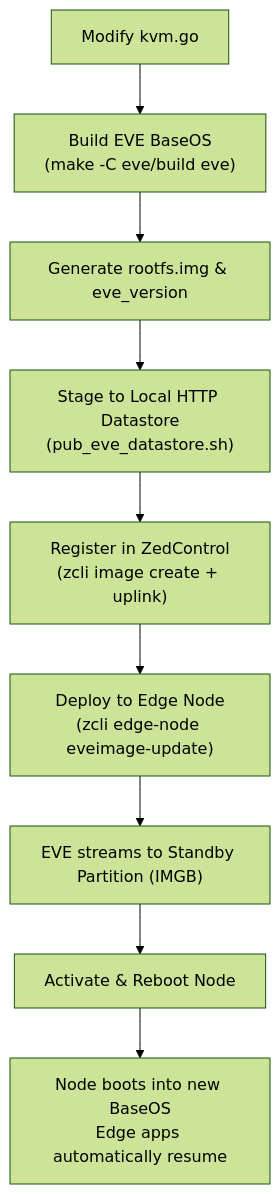
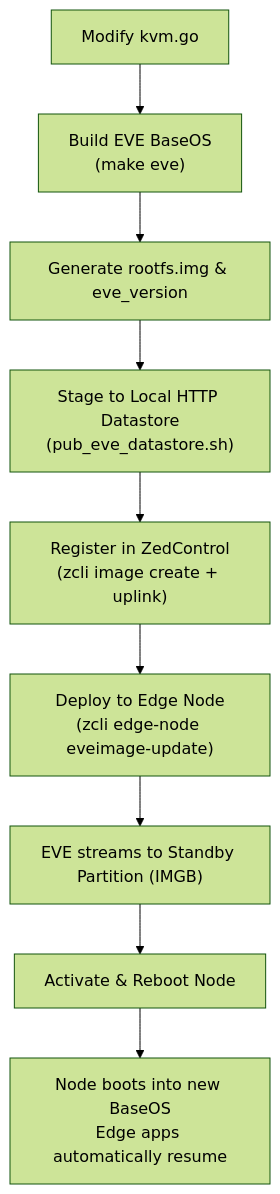
The diagram in doc/Native-ivshmem-Support-in-EVE-BaseOS.md (cchiou-amba/amba-virt), drawn with Mermaid (forest theme) before and after one commit. The commit also changed other lines of this file and 50 other files, not shown here.

````diff
--- a/doc/Native-ivshmem-Support-in-EVE-BaseOS.md
+++ b/doc/Native-ivshmem-Support-in-EVE-BaseOS.md
@@ -198,11 +198,11 @@
 ```mermaid
 graph TD
-    A["Modify kvm.go"] --> B["Build EVE BaseOS<br/>(make -C eve/build eve)"]
+    A["Modify kvm.go"] --> B["Build EVE BaseOS<br/>(make eve)"]
     B --> C["Generate rootfs.img & eve_version"]
     C --> D["Stage to Local HTTP Datastore<br/>(pub_eve_datastore.sh)"]
     D --> E["Register in ZedControl<br/>(zcli image create + uplink)"]
     E --> F["Deploy to Edge Node<br/>(zcli edge-node eveimage-update)"]
     F --> G["EVE streams to Standby Partition (IMGB)"]
     G --> H["Activate & Reboot Node"]
     H --> I["Node boots into new BaseOS<br/>Edge apps automatically resume"]
 ```
````
